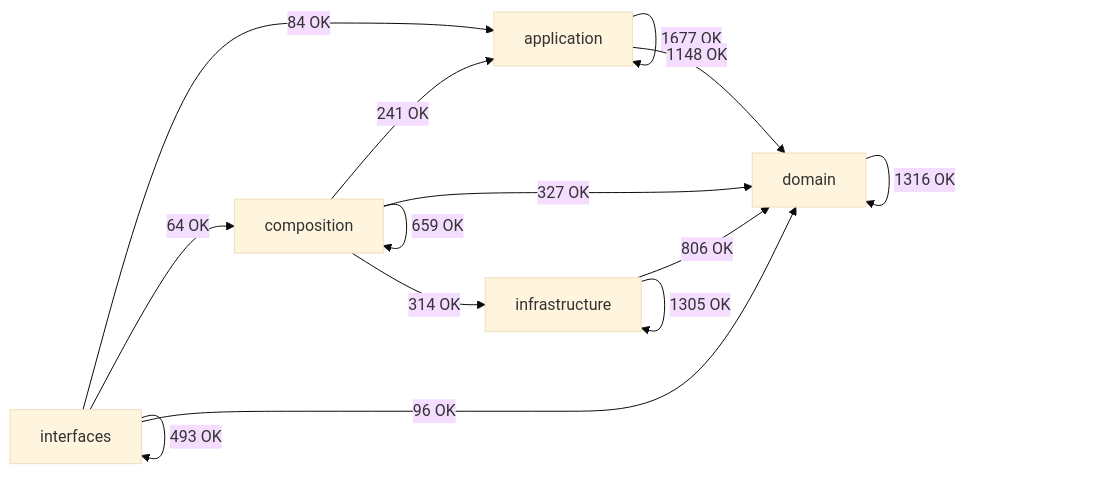
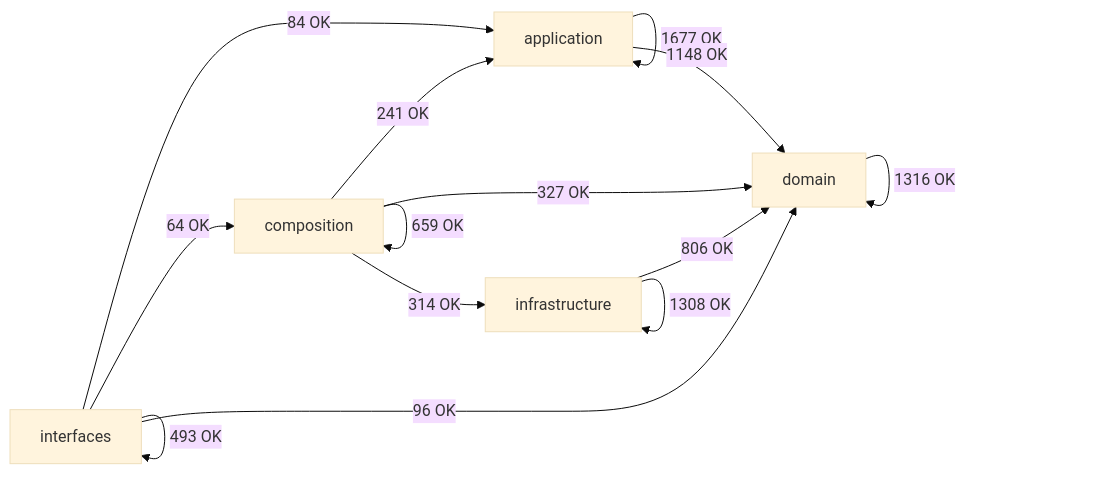
Before and after one commit to SatoryKono/BioactivityDataAcquisition: the diagram in docs/02-architecture/generated/module-dependency-map.md, drawn with Mermaid (base theme). The commit also changed other lines of this file and 4 other files, not shown here.

````diff
--- a/docs/02-architecture/generated/module-dependency-map.md
+++ b/docs/02-architecture/generated/module-dependency-map.md
@@ -17,21 +17,21 @@
 ```mermaid
 flowchart LR
     domain[domain]
     application[application]
     infrastructure[infrastructure]
     composition[composition]
     interfaces[interfaces]
     application -->|1677 OK| application
     application -->|1148 OK| domain
     composition -->|241 OK| application
     composition -->|659 OK| composition
     composition -->|327 OK| domain
     composition -->|314 OK| infrastructure
     domain -->|1316 OK| domain
     infrastructure -->|806 OK| domain
-    infrastructure -->|1305 OK| infrastructure
+    infrastructure -->|1308 OK| infrastructure
     interfaces -->|84 OK| application
     interfaces -->|64 OK| composition
     interfaces -->|96 OK| domain
     interfaces -->|493 OK| interfaces
 ```
````
